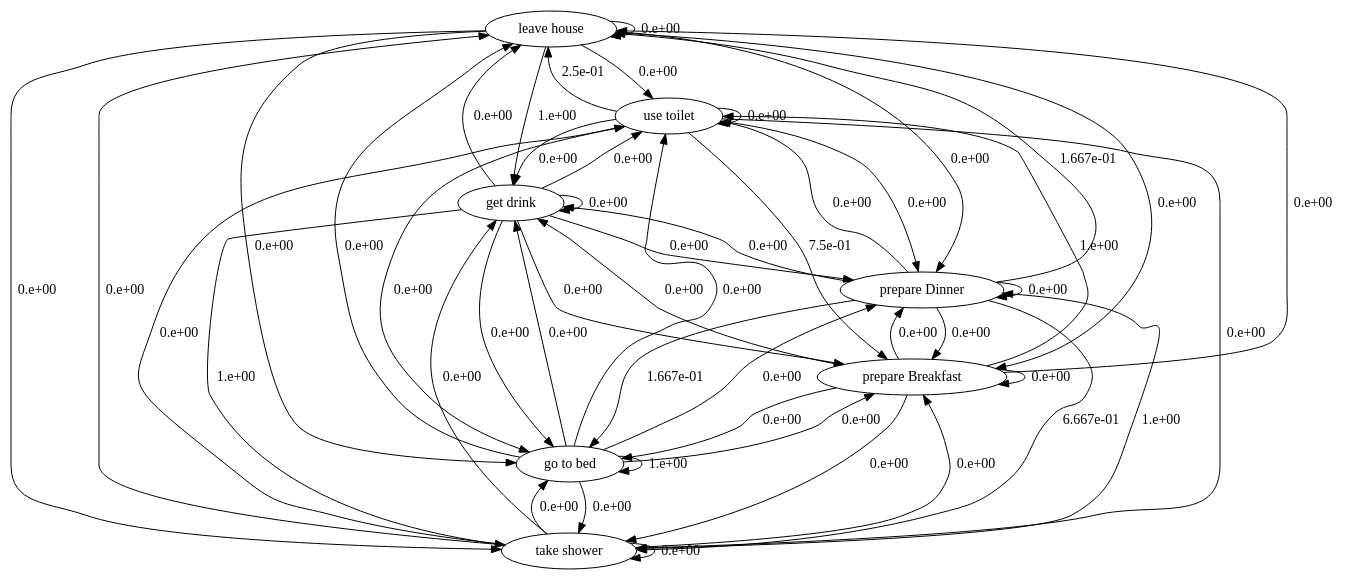
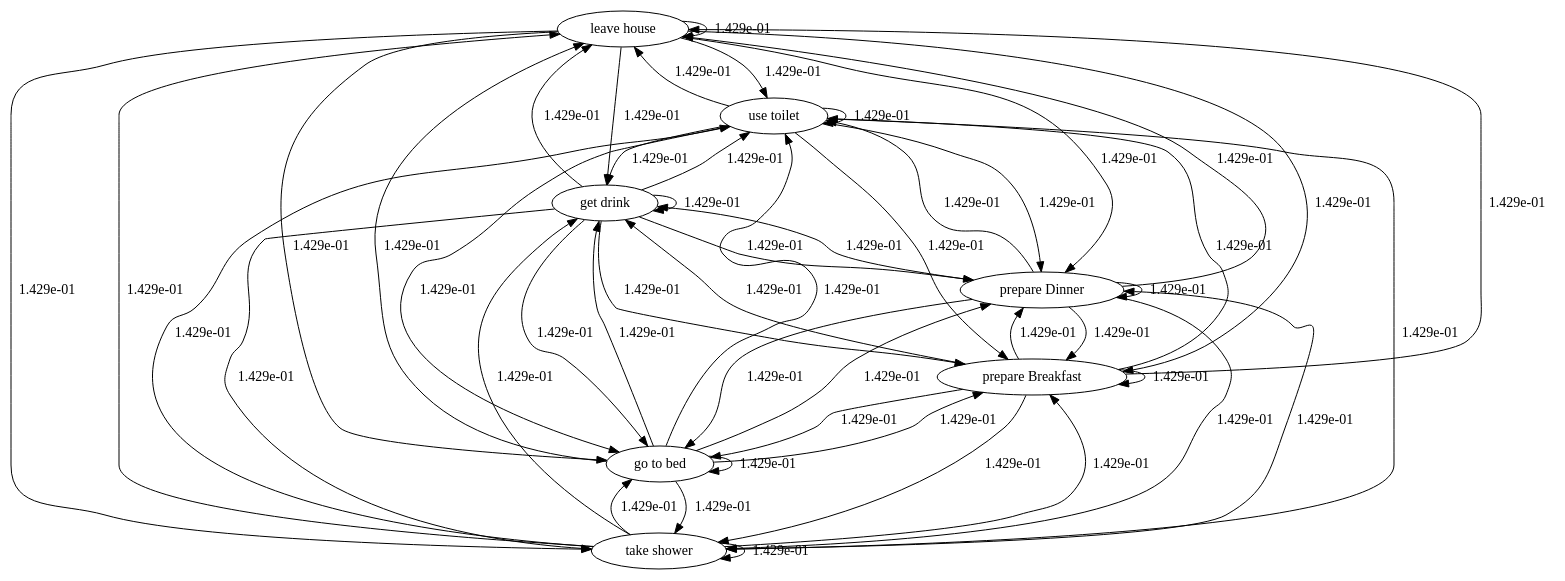
Before and after one commit to tcsvn/pyadlml: the diagram in benchmarks/testing/test.gv, drawn with Graphviz. The commit also changed 36 other files, not shown here.

```diff
--- a/benchmarks/testing/test.gv
+++ b/benchmarks/testing/test.gv
@@ -1,58 +1,58 @@
 digraph {
 	1 [label="leave house"]
 	4 [label="use toilet"]
 	5 [label="take shower"]
 	10 [label="go to bed"]
 	13 [label="prepare Breakfast"]
 	15 [label="prepare Dinner"]
 	17 [label="get drink"]
-	1 -> 1 [label="0.e+00"]
-	1 -> 4 [label="0.e+00"]
-	1 -> 5 [label="0.e+00"]
-	1 -> 10 [label="0.e+00"]
-	1 -> 13 [label="0.e+00"]
-	1 -> 15 [label="0.e+00"]
-	1 -> 17 [label="1.e+00"]
-	4 -> 1 [label="2.5e-01"]
-	4 -> 4 [label="0.e+00"]
-	4 -> 5 [label="0.e+00"]
-	4 -> 10 [label="0.e+00"]
-	4 -> 13 [label="7.5e-01"]
-	4 -> 15 [label="0.e+00"]
-	4 -> 17 [label="0.e+00"]
-	5 -> 1 [label="0.e+00"]
-	5 -> 4 [label="0.e+00"]
-	5 -> 5 [label="0.e+00"]
-	5 -> 10 [label="0.e+00"]
-	5 -> 13 [label="0.e+00"]
-	5 -> 15 [label="1.e+00"]
-	5 -> 17 [label="0.e+00"]
-	10 -> 1 [label="0.e+00"]
-	10 -> 4 [label="0.e+00"]
-	10 -> 5 [label="0.e+00"]
-	10 -> 10 [label="1.e+00"]
-	10 -> 13 [label="0.e+00"]
-	10 -> 15 [label="0.e+00"]
-	10 -> 17 [label="0.e+00"]
-	13 -> 1 [label="0.e+00"]
-	13 -> 4 [label="1.e+00"]
-	13 -> 5 [label="0.e+00"]
-	13 -> 10 [label="0.e+00"]
-	13 -> 13 [label="0.e+00"]
-	13 -> 15 [label="0.e+00"]
-	13 -> 17 [label="0.e+00"]
-	15 -> 1 [label="1.667e-01"]
-	15 -> 4 [label="0.e+00"]
-	15 -> 5 [label="6.667e-01"]
-	15 -> 10 [label="1.667e-01"]
-	15 -> 13 [label="0.e+00"]
-	15 -> 15 [label="0.e+00"]
-	15 -> 17 [label="0.e+00"]
-	17 -> 1 [label="0.e+00"]
-	17 -> 4 [label="0.e+00"]
-	17 -> 5 [label="1.e+00"]
-	17 -> 10 [label="0.e+00"]
-	17 -> 13 [label="0.e+00"]
-	17 -> 15 [label="0.e+00"]
-	17 -> 17 [label="0.e+00"]
+	1 -> 1 [label="1.429e-01"]
+	1 -> 4 [label="1.429e-01"]
+	1 -> 5 [label="1.429e-01"]
+	1 -> 10 [label="1.429e-01"]
+	1 -> 13 [label="1.429e-01"]
+	1 -> 15 [label="1.429e-01"]
+	1 -> 17 [label="1.429e-01"]
+	4 -> 1 [label="1.429e-01"]
+	4 -> 4 [label="1.429e-01"]
+	4 -> 5 [label="1.429e-01"]
+	4 -> 10 [label="1.429e-01"]
+	4 -> 13 [label="1.429e-01"]
+	4 -> 15 [label="1.429e-01"]
+	4 -> 17 [label="1.429e-01"]
+	5 -> 1 [label="1.429e-01"]
+	5 -> 4 [label="1.429e-01"]
+	5 -> 5 [label="1.429e-01"]
+	5 -> 10 [label="1.429e-01"]
+	5 -> 13 [label="1.429e-01"]
+	5 -> 15 [label="1.429e-01"]
+	5 -> 17 [label="1.429e-01"]
+	10 -> 1 [label="1.429e-01"]
+	10 -> 4 [label="1.429e-01"]
+	10 -> 5 [label="1.429e-01"]
+	10 -> 10 [label="1.429e-01"]
+	10 -> 13 [label="1.429e-01"]
+	10 -> 15 [label="1.429e-01"]
+	10 -> 17 [label="1.429e-01"]
+	13 -> 1 [label="1.429e-01"]
+	13 -> 4 [label="1.429e-01"]
+	13 -> 5 [label="1.429e-01"]
+	13 -> 10 [label="1.429e-01"]
+	13 -> 13 [label="1.429e-01"]
+	13 -> 15 [label="1.429e-01"]
+	13 -> 17 [label="1.429e-01"]
+	15 -> 1 [label="1.429e-01"]
+	15 -> 4 [label="1.429e-01"]
+	15 -> 5 [label="1.429e-01"]
+	15 -> 10 [label="1.429e-01"]
+	15 -> 13 [label="1.429e-01"]
+	15 -> 15 [label="1.429e-01"]
+	15 -> 17 [label="1.429e-01"]
+	17 -> 1 [label="1.429e-01"]
+	17 -> 4 [label="1.429e-01"]
+	17 -> 5 [label="1.429e-01"]
+	17 -> 10 [label="1.429e-01"]
+	17 -> 13 [label="1.429e-01"]
+	17 -> 15 [label="1.429e-01"]
+	17 -> 17 [label="1.429e-01"]
 }
```
